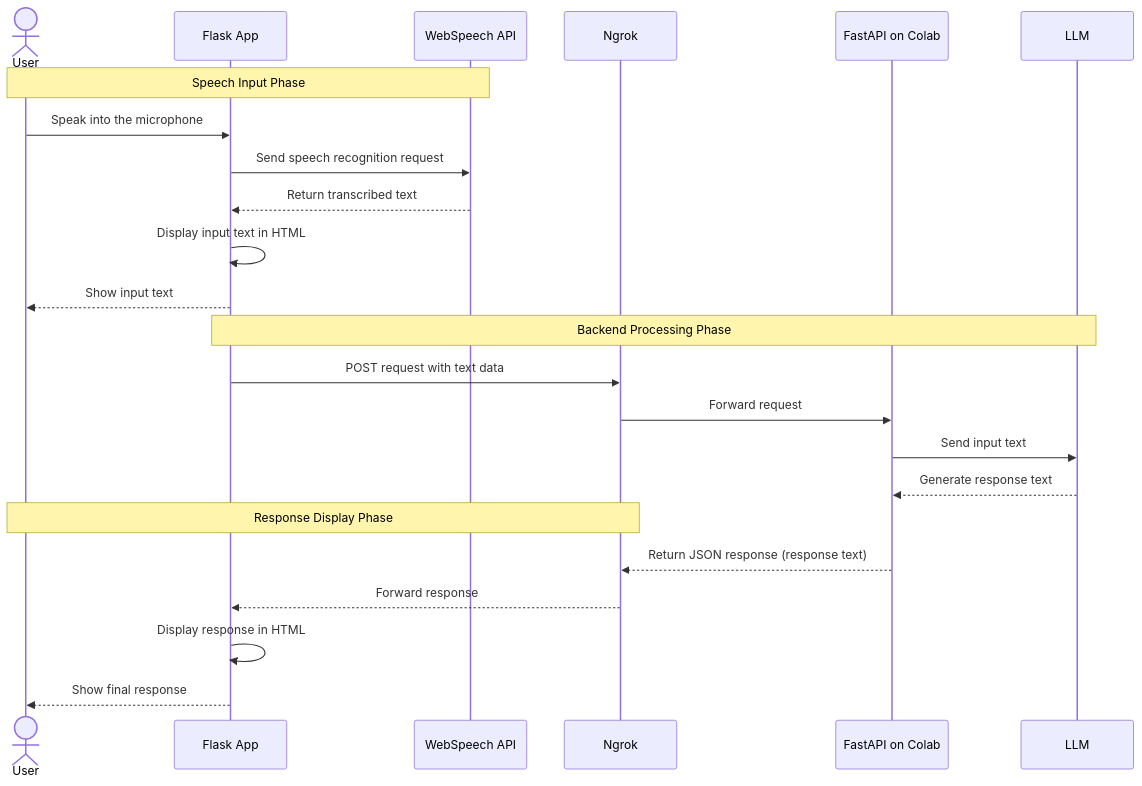
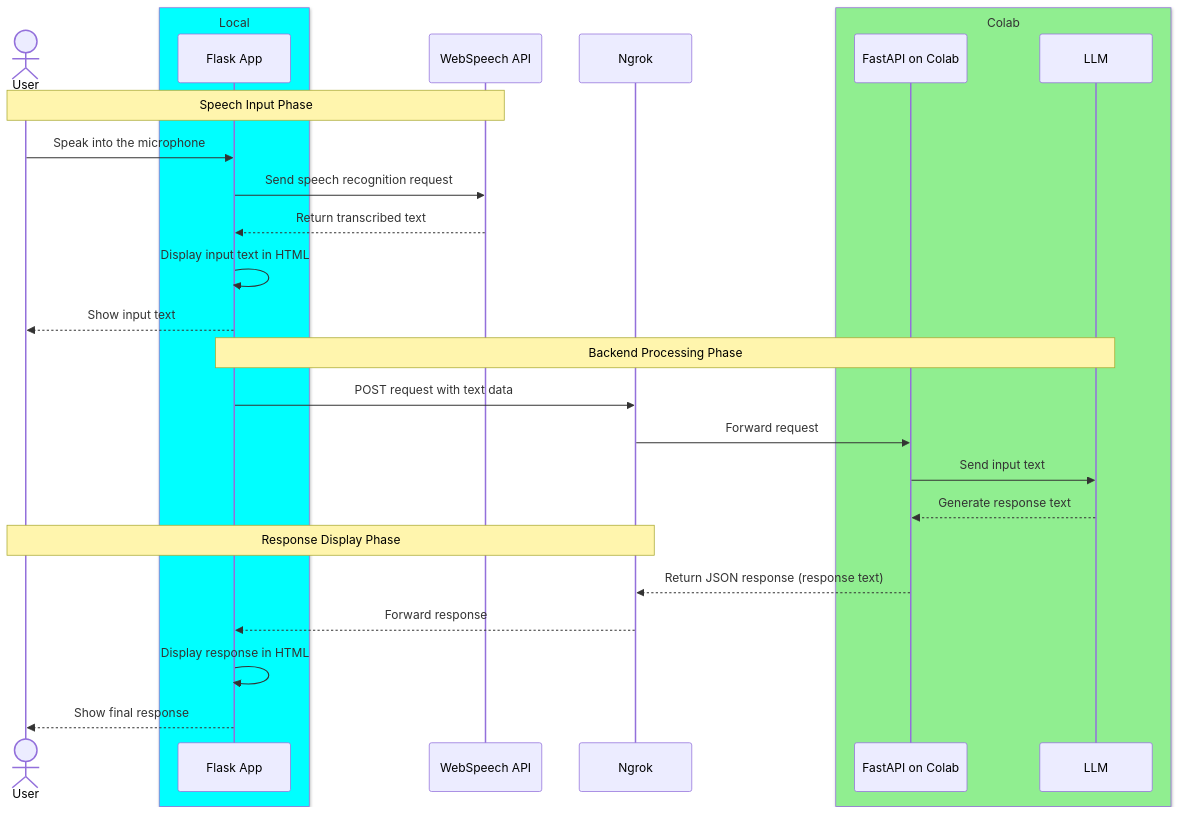
One commit to kenta-hirahara/Speech-Recognition changed the diagram in README.md. Above: the diagram before and after it, drawn with Mermaid.

````diff
--- a/README.md
+++ b/README.md
@@ -18,28 +18,32 @@
 ```mermaid
 sequenceDiagram
     actor User
+    box cyan Local
     participant Flask as Flask App
+    end
     participant WebSpeech as WebSpeech API
     participant Ngrok as Ngrok
+    box lightgreen Colab
     participant FastAPI as FastAPI on Colab
     participant LLM as LLM
+    end
 
     Note over User,WebSpeech: Speech Input Phase
     User->>Flask: Speak into the microphone
     Flask->>WebSpeech: Send speech recognition request
     WebSpeech-->>Flask: Return transcribed text
     Flask->>Flask: Display input text in HTML
     Flask-->>User: Show input text
 
     Note over Flask,LLM: Backend Processing Phase
     Flask->>Ngrok: POST request with text data
     Ngrok->>FastAPI: Forward request
     FastAPI->>LLM: Send input text
     LLM-->>FastAPI: Generate response text
 
     Note over Ngrok,User: Response Display Phase
     FastAPI-->>Ngrok: Return JSON response (response text)
     Ngrok-->>Flask: Forward response
     Flask->>Flask: Display response in HTML
     Flask-->>User: Show final response
 ```
````
